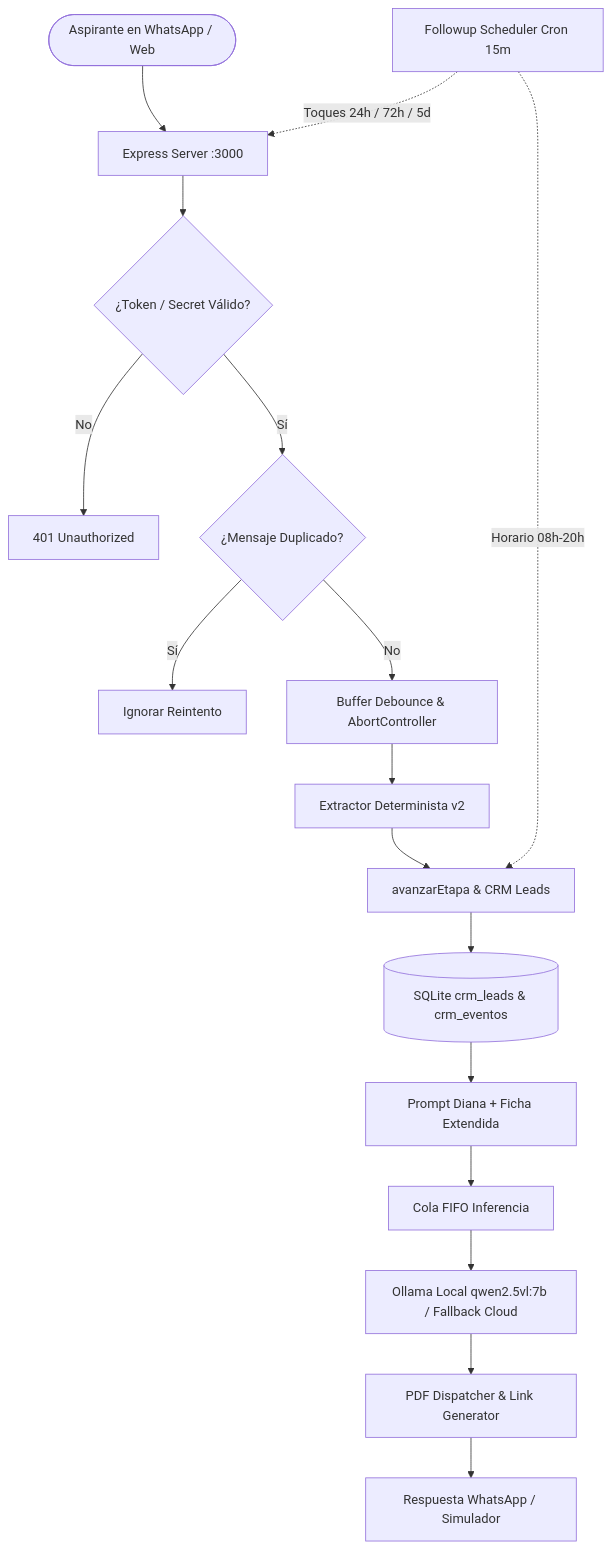
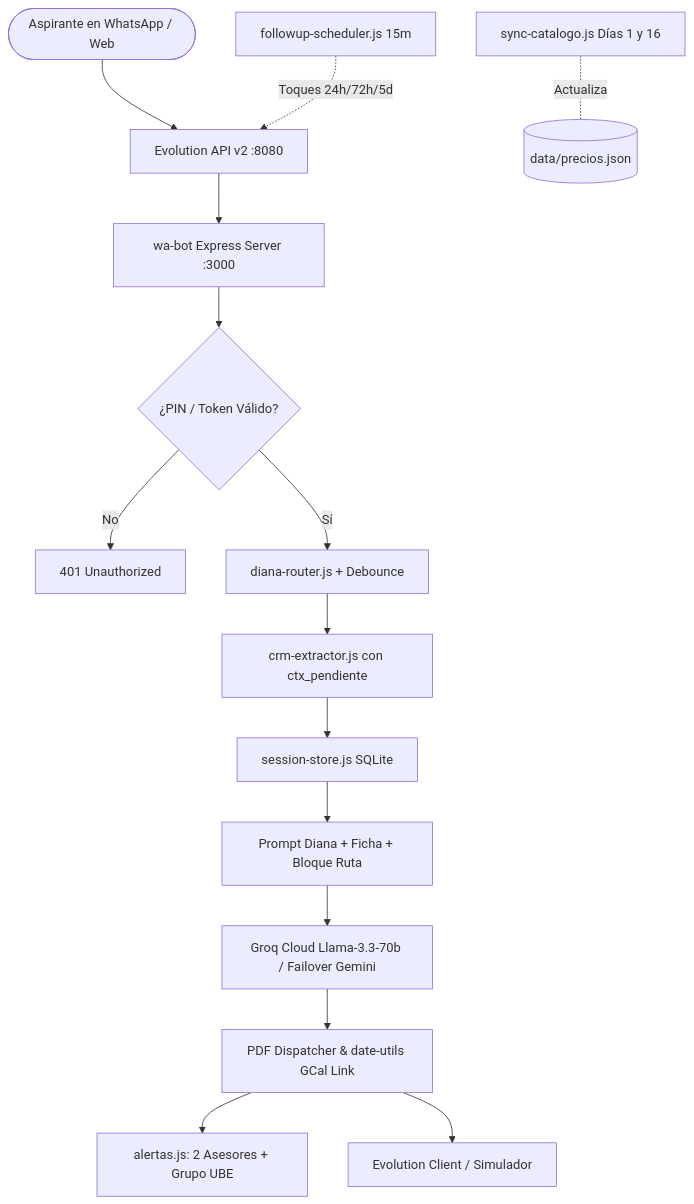
The diagram in README.md (guilleguto-source/WhaspiUBE), drawn with Mermaid before and after one commit. The commit also changed other lines of this file and 231 other files, not shown here.

````diff
--- a/README.md
+++ b/README.md
@@ -46,20 +43,18 @@
 ```mermaid
 flowchart TD
-    User([Aspirante en WhatsApp / Web]) --> Webhook[Express Server :3000]
-    Webhook --> Auth{¿Token / Secret Válido?}
-    Auth -- No --> Deny[401 Unauthorized]
-    Auth -- Sí --> Dedup{¿Mensaje Duplicado?}
-    Dedup -- Sí --> Ignorar[Ignorar Reintento]
-    Dedup -- No --> Debounce[Buffer Debounce & AbortController]
-    Debounce --> Extractor[Extractor Determinista v2]
-    Extractor --> StateMachine[avanzarEtapa & CRM Leads]
-    StateMachine --> DB[(SQLite crm_leads & crm_eventos)]
-    DB --> PromptEngine[Prompt Diana + Ficha Extendida]
-    PromptEngine --> Queue[Cola FIFO Inferencia]
-    Queue --> LLM[Ollama Local qwen2.5vl:7b / Fallback Cloud]
-    LLM --> Dispatcher[PDF Dispatcher & Link Generator]
-    Dispatcher --> Response[Respuesta WhatsApp / Simulador]
+    User([Aspirante en WhatsApp / Web]) --> Evolution[Evolution API v2 :8080]
+    Evolution --> Webhook[wa-bot Express Server :3000]
+    Webhook --> PinGate{¿PIN / Token Válido?}
+    PinGate -- No --> Deny[401 Unauthorized]
+    PinGate -- Sí --> Router[diana-router.js + Debounce]
+    Router --> Extractor[crm-extractor.js con ctx_pendiente]
+    Extractor --> StateMachine[session-store.js SQLite]
+    StateMachine --> PromptEngine[Prompt Diana + Ficha + Bloque Ruta]
+    PromptEngine --> AI[Groq Cloud Llama-3.3-70b / Failover Gemini]
+    AI --> Dispatcher[PDF Dispatcher & date-utils GCal Link]
+    Dispatcher --> Alertas[alertas.js: 2 Asesores + Grupo UBE]
+    Dispatcher --> Response[Evolution Client / Simulador]
     
-    Scheduler[Followup Scheduler Cron 15m] -. Horario 08h-20h .-> StateMachine
-    Scheduler -. Toques 24h / 72h / 5d .-> Webhook
+    Sync[sync-catalogo.js Días 1 y 16] -. Actualiza .- Precios[(data/precios.json)]
+    Followup[followup-scheduler.js 15m] -. Toques 24h/72h/5d .-> Evolution
 ```
````
